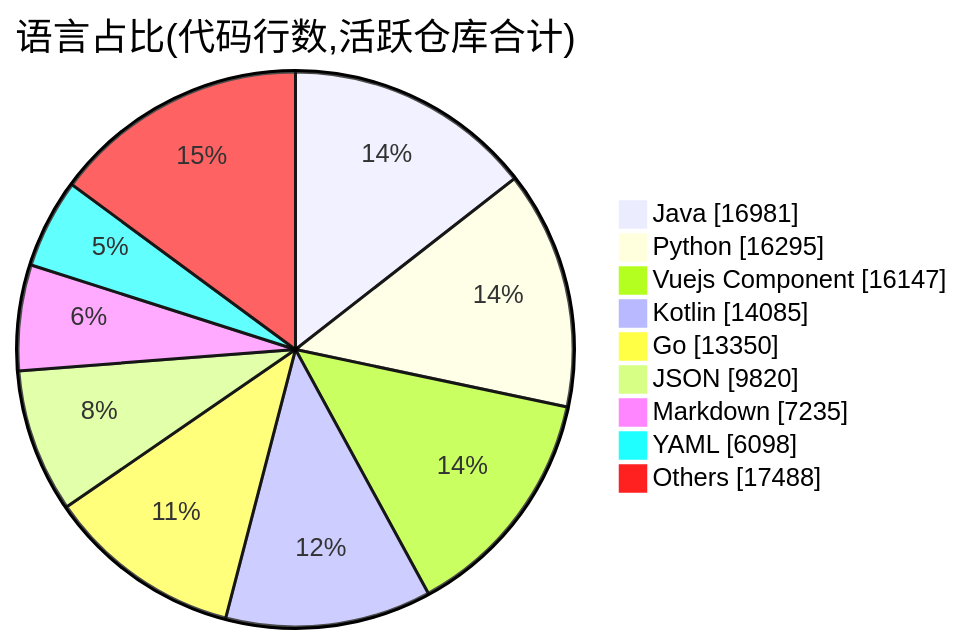
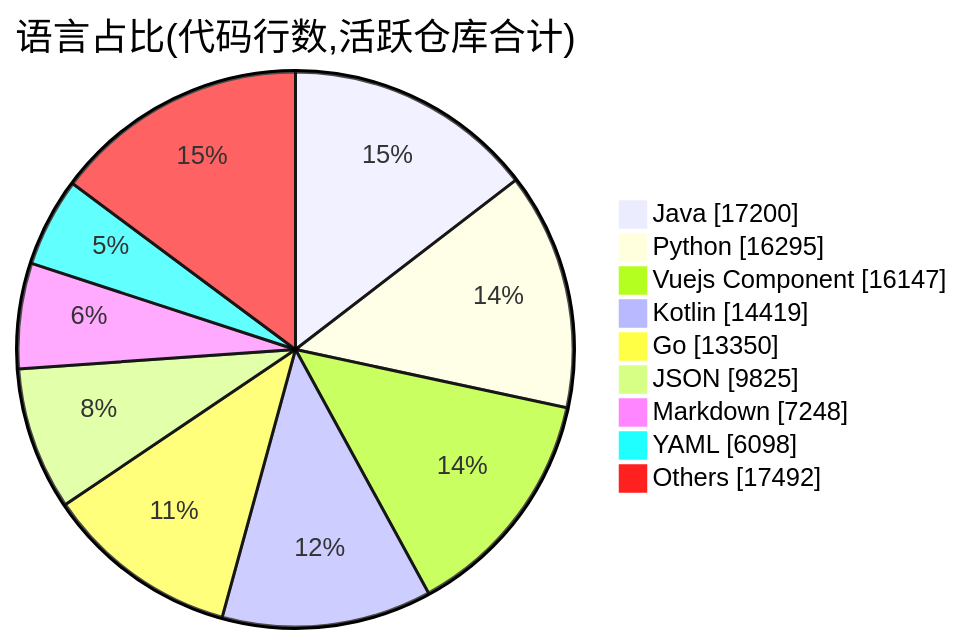
The second of 2 diagrams in profile/README.md (Conflux-Union/.github), drawn with Mermaid before and after one commit. The commit also changed other lines of this file and 1 other file, not shown here.

````diff
--- a/profile/README.md
+++ b/profile/README.md
@@ -78,13 +78,13 @@
 ```mermaid
 pie showData
     title 语言占比(代码行数,活跃仓库合计)
-    "Java" : 16981
+    "Java" : 17200
     "Python" : 16295
     "Vuejs Component" : 16147
-    "Kotlin" : 14085
+    "Kotlin" : 14419
     "Go" : 13350
-    "JSON" : 9820
-    "Markdown" : 7235
+    "JSON" : 9825
+    "Markdown" : 7248
     "YAML" : 6098
-    "Others" : 17488
+    "Others" : 17492
 ```
````
